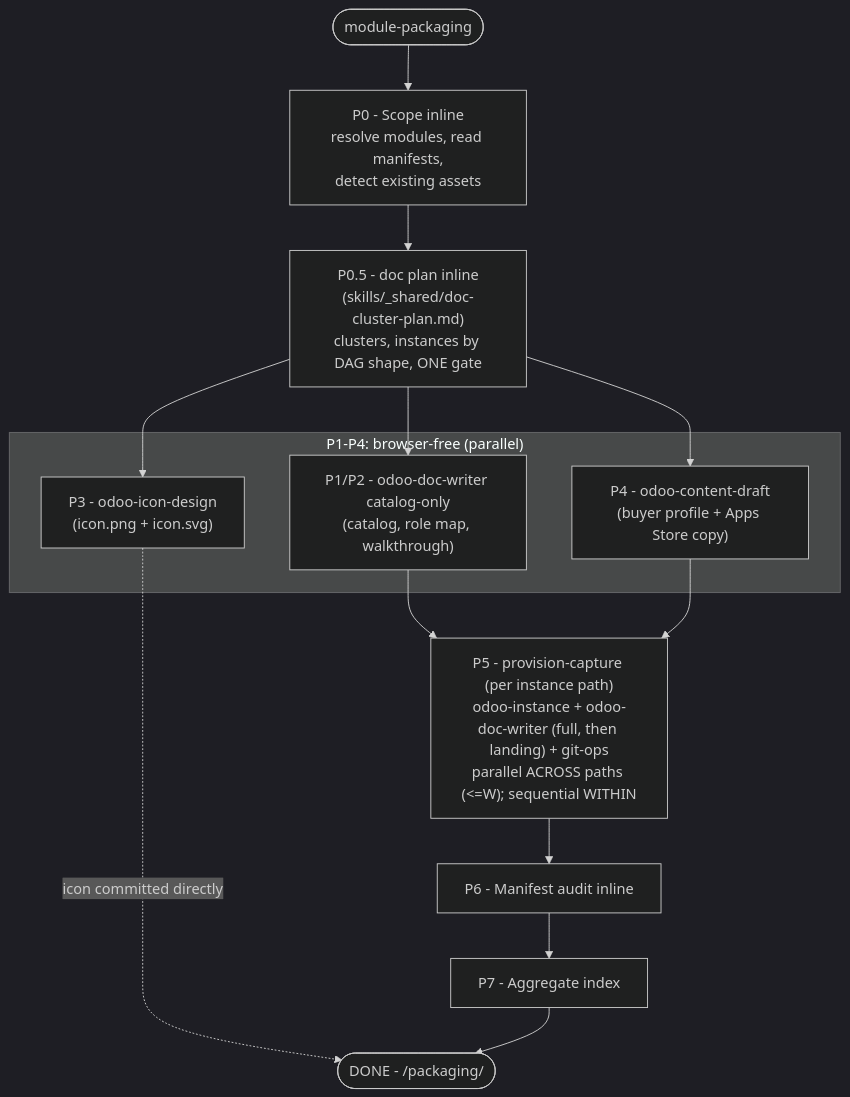
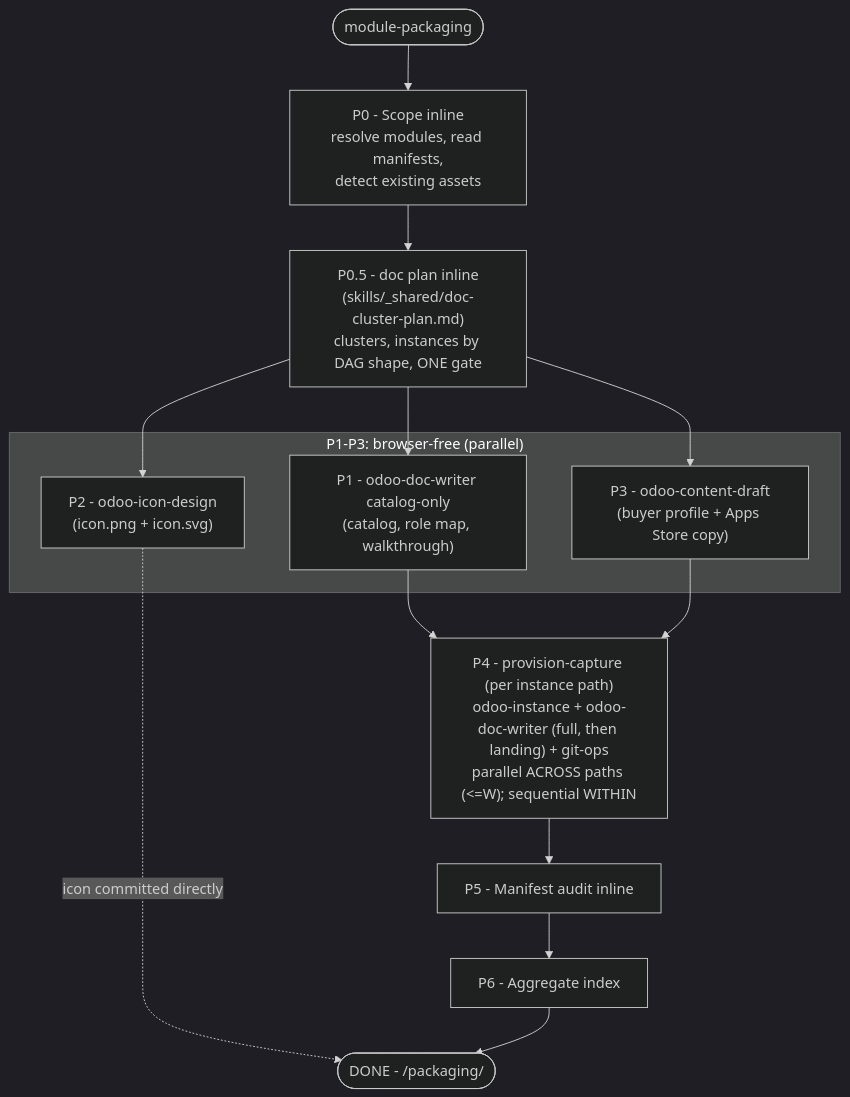
Before and after one commit to Viindoo/odoo-mcp-client: the eighth of 9 diagrams in plugins/odoo-ai-agents/README.md, drawn with Mermaid (dark theme). The commit also changed other lines of this file and 59 other files, not shown here.

````diff
--- a/plugins/odoo-ai-agents/README.md
+++ b/plugins/odoo-ai-agents/README.md
@@ -598,23 +598,23 @@
 ```mermaid
 flowchart TD
     PKG_START(["module-packaging"])
     PKG_START --> PKG_P0["P0 - Scope inline<br/>resolve modules, read manifests,<br/>detect existing assets"]
     PKG_P0 --> PKG_P05["P0.5 - doc plan inline<br/>(skills/_shared/doc-cluster-plan.md)<br/>clusters, instances by DAG shape, ONE gate"]
 
-    subgraph PKG_FANOUT["P1-P4: browser-free (parallel)"]
-        PKG_P1["P1/P2 - odoo-doc-writer catalog-only<br/>(catalog, role map, walkthrough)"]
-        PKG_P3["P3 - odoo-icon-design<br/>(icon.png + icon.svg)"]
-        PKG_P4["P4 - odoo-content-draft<br/>(buyer profile + Apps Store copy)"]
+    subgraph PKG_FANOUT["P1-P3: browser-free (parallel)"]
+        PKG_P1["P1 - odoo-doc-writer catalog-only<br/>(catalog, role map, walkthrough)"]
+        PKG_P3["P2 - odoo-icon-design<br/>(icon.png + icon.svg)"]
+        PKG_P4["P3 - odoo-content-draft<br/>(buyer profile + Apps Store copy)"]
     end
 
     PKG_P05 --> PKG_P1
     PKG_P05 --> PKG_P3
     PKG_P05 --> PKG_P4
 
-    PKG_P1 --> PKG_P5["P5 - provision-capture (per instance path)<br/>odoo-instance + odoo-doc-writer (full, then landing) + git-ops<br/>parallel ACROSS paths (<=W); sequential WITHIN"]
+    PKG_P1 --> PKG_P5["P4 - provision-capture (per instance path)<br/>odoo-instance + odoo-doc-writer (full, then landing) + git-ops<br/>parallel ACROSS paths (<=W); sequential WITHIN"]
     PKG_P4 --> PKG_P5
     PKG_P3 -. "icon committed directly" .-> PKG_DONE
-    PKG_P5 --> PKG_P6["P6 - Manifest audit inline"]
-    PKG_P6 --> PKG_P7["P7 - Aggregate index"]
+    PKG_P5 --> PKG_P6["P5 - Manifest audit inline"]
+    PKG_P6 --> PKG_P7["P6 - Aggregate index"]
     PKG_P7 --> PKG_DONE(["DONE - <ISOLATE_DIR>/packaging/"])
 ```
````
